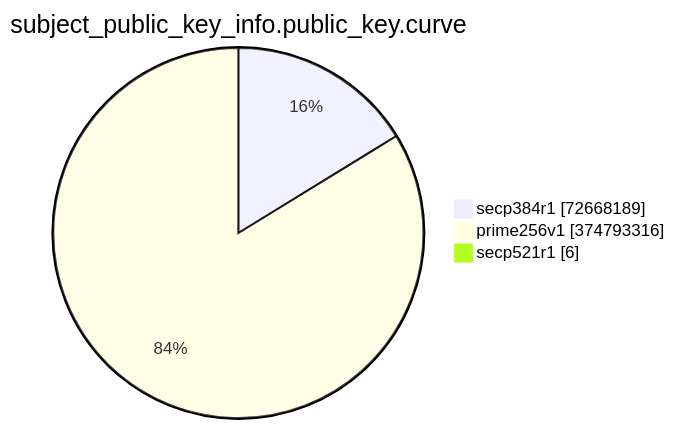
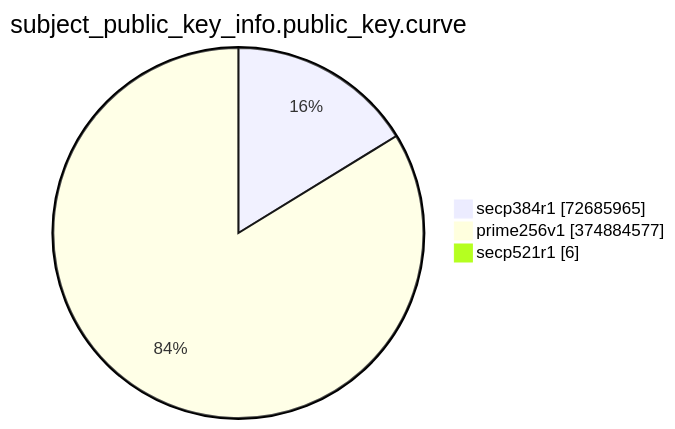
The eighth of 15 diagrams in TOTAL/README.md (christiankrug/ctmonitor_visualization), drawn with Mermaid before and after one commit. The commit also changed other lines of this file, not shown here.

````diff
--- a/TOTAL/README.md
+++ b/TOTAL/README.md
@@ -3094,7 +3094,7 @@
 ```mermaid
 pie showData
 title subject_public_key_info.public_key.curve
-"secp384r1" :72668189
-"prime256v1" :374793316
+"secp384r1" :72685965
+"prime256v1" :374884577
 "secp521r1" :6
 ```
````
